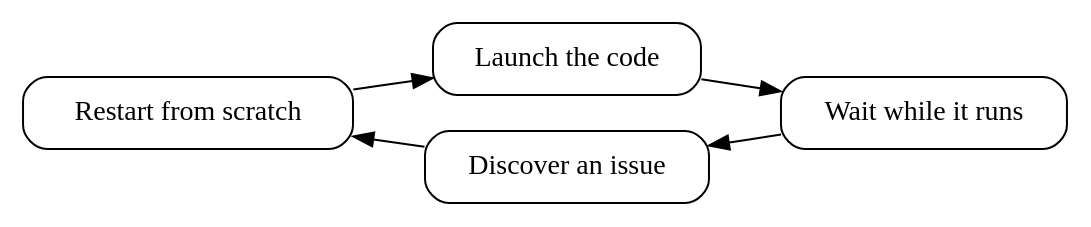
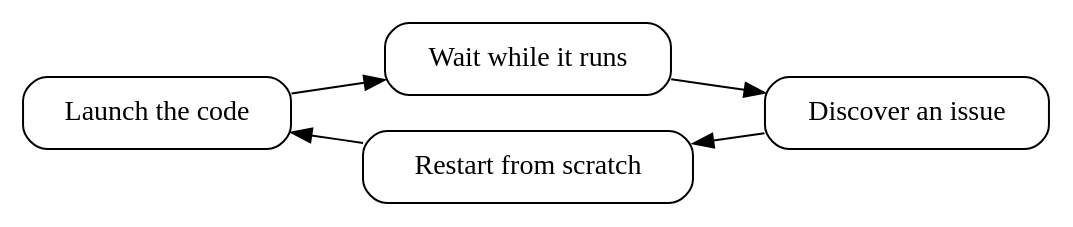
One commit to JT-39/targets-coffee-code changed the fifth of 11 diagrams in intro-targets.qmd. Above: the diagram before and after it, drawn with Graphviz. The commit also changed other lines of this file and 1 other file, not shown here.

Commit message:
Added couple slides and reordered graph, also hex logo on title slide

````diff
--- a/intro-targets.qmd
+++ b/intro-targets.qmd
@@ -110,16 +112,16 @@
 ```{dot}
 digraph G {
     rankdir=LR;
     {
     node [shape = box style=rounded]
-        A[label="Restart from scratch" ]
-        B[label="Launch the code"]
+        A[label="Launch the code"]
+        B[label="Wait while it runs"]
         C[label="Discover an issue"]
-        D[label="Wait while it runs"]
+        D[label="Restart from scratch"]
     }
     A -> B
-    A -> C [dir=back]
-    B -> D
-    C -> D [dir=back]
+    A -> D [dir=back]
+    B -> C
+    D -> C [dir=back]
 }
 ```
````
